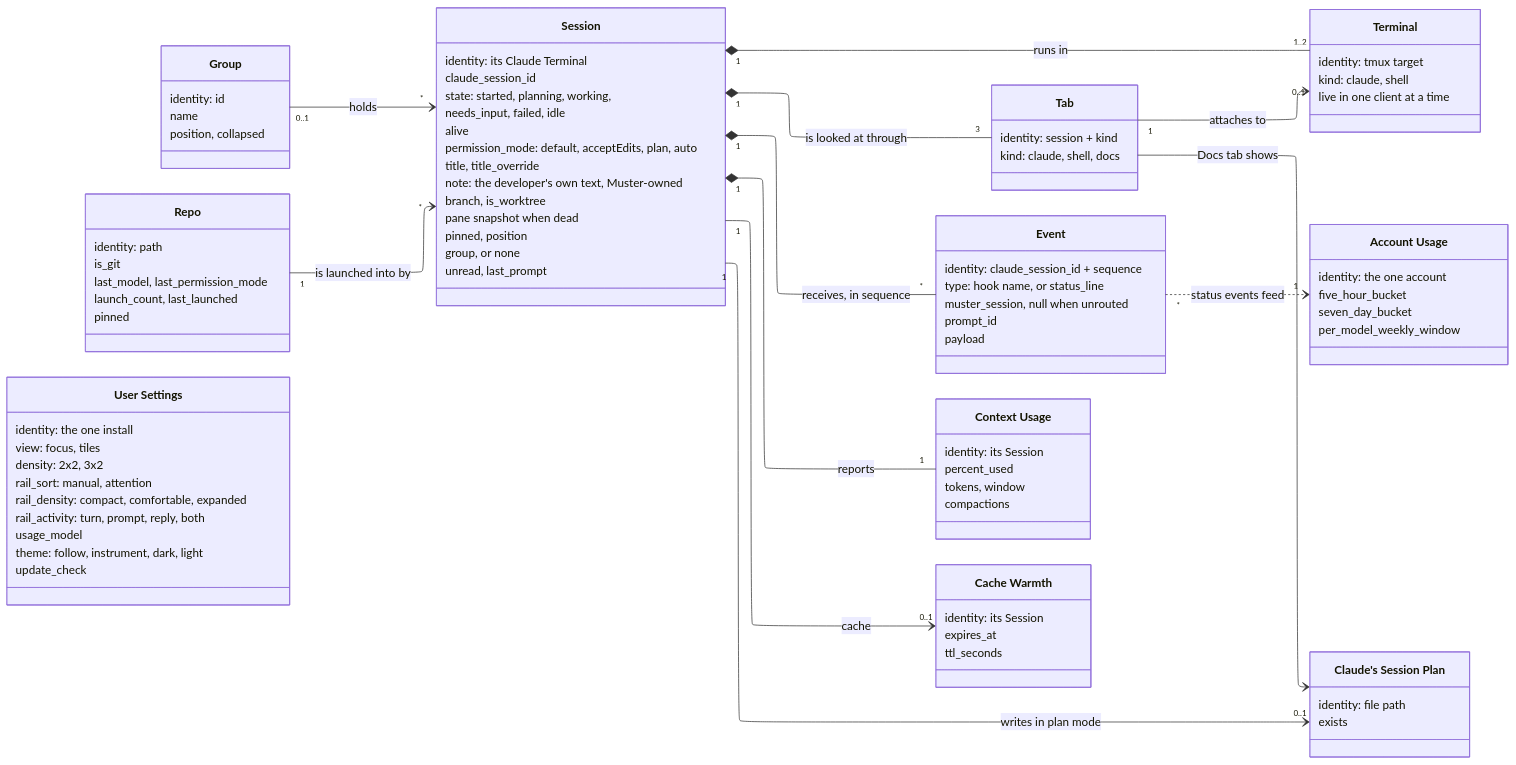
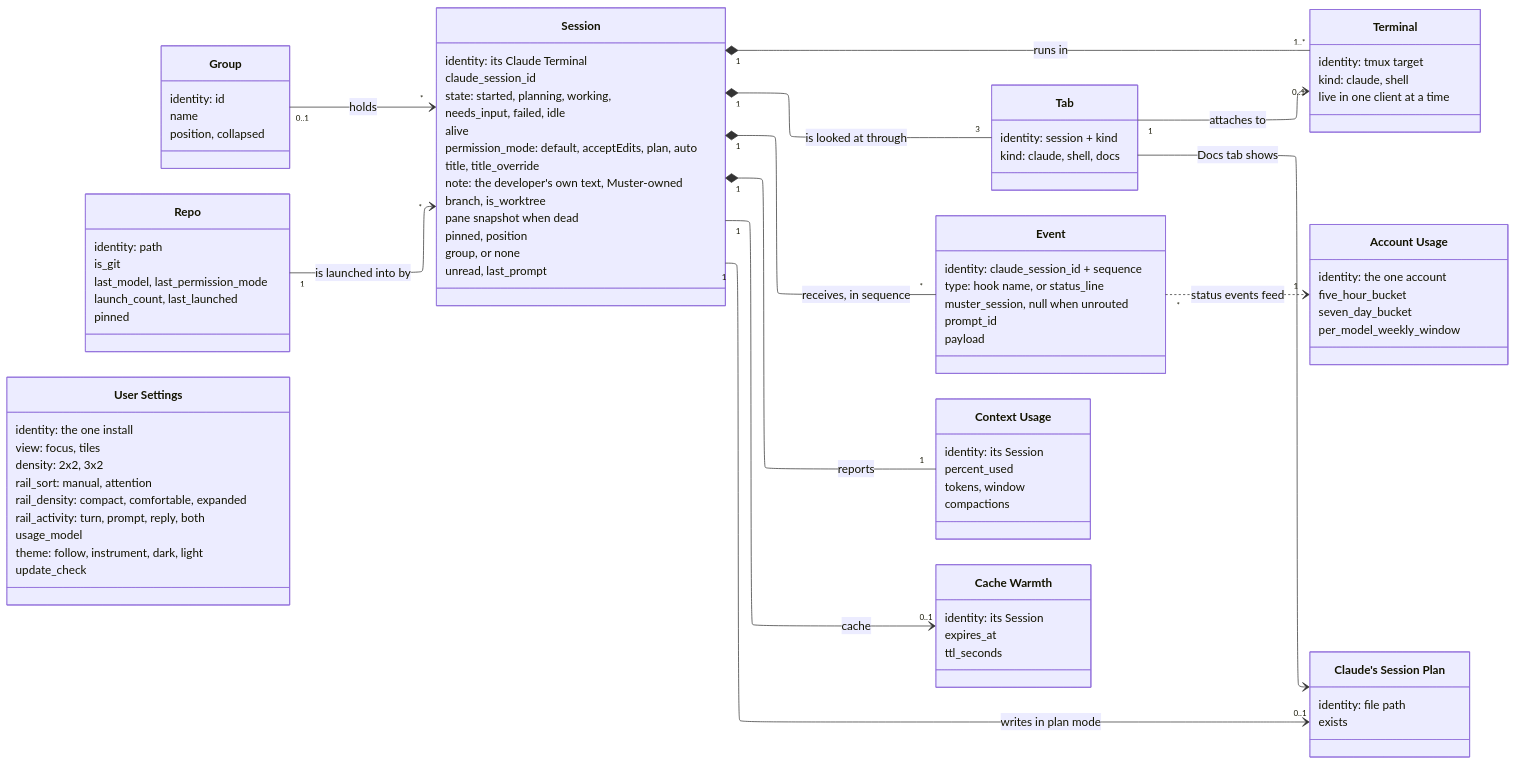
The diagram in docs/diagrams/domain-model.md (Zalaras/muster), drawn with Mermaid before and after one commit. The commit also changed other lines of this file and 265 other files, not shown here.

```diff
--- a/docs/diagrams/domain-model.md
+++ b/docs/diagrams/domain-model.md
@@ -112,7 +112,7 @@
     }
     Repo "1" --> "*" Session : is launched into by
     Group "0..1" --> "*" Session : holds
-    Session "1" *-- "1..2" Terminal : runs in
+    Session "1" *-- "1..*" Terminal : runs in
     Session "1" *-- "*" Event : receives, in sequence
     Session "1" *-- "1" ContextUsage : reports
     Session "1" --> "0..1" CacheWarmth : cache
```
